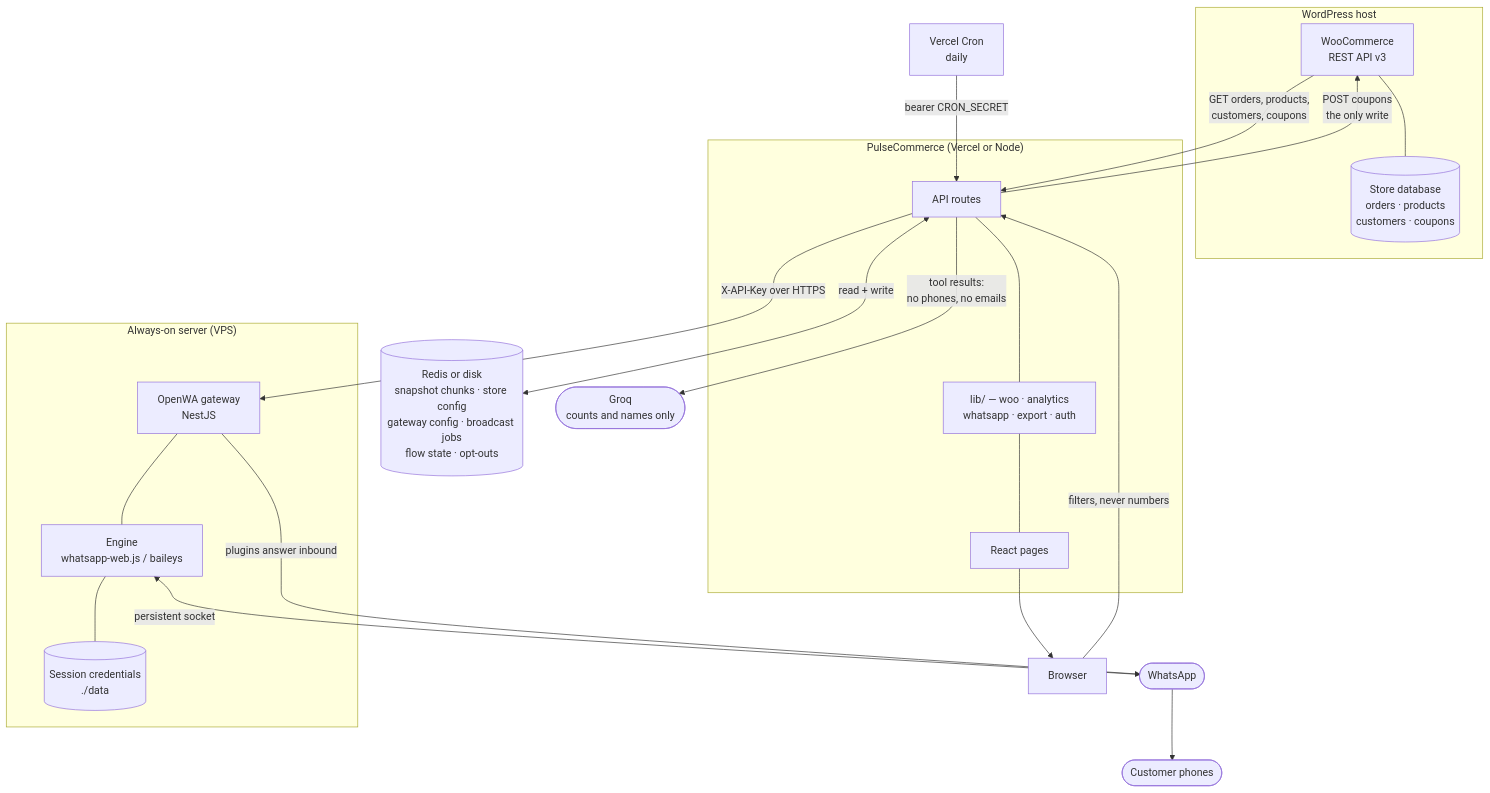
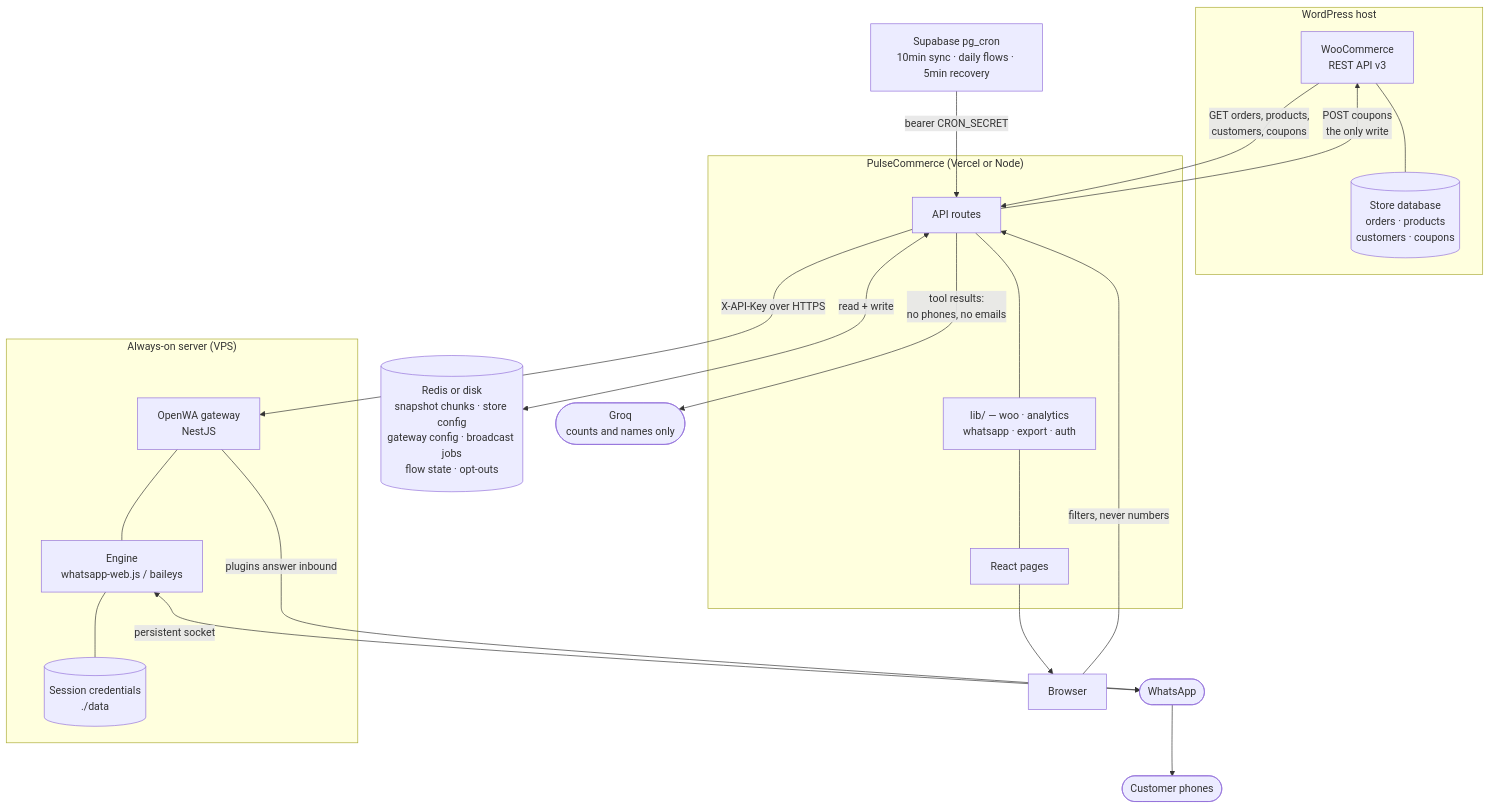
Before and after one commit to Setups-Works/PulseCommerce: the first of 11 diagrams in README.md, drawn with Mermaid. The commit also changed other lines of this file and 3 other files, not shown here.

First line of the commit message:
docs: fix Vercel Cron claims, document scheduling reality, add AGENTS.md orientation

````diff
--- a/README.md
+++ b/README.md
@@ -536,44 +537,44 @@
 ```mermaid
 graph TB
     subgraph store["WordPress host"]
         WC["WooCommerce<br/>REST API v3"]
         DB[("Store database<br/>orders · products<br/>customers · coupons")]
         WC --- DB
     end
 
     subgraph vps["Always-on server (VPS)"]
         OWA["OpenWA gateway<br/>NestJS"]
         ENGINE["Engine<br/>whatsapp-web.js / baileys"]
         AUTH[("Session credentials<br/>./data")]
         OWA --- ENGINE
         ENGINE --- AUTH
     end
 
     subgraph pulse["PulseCommerce (Vercel or Node)"]
         ROUTES["API routes"]
         LIB["lib/ — woo · analytics<br/>whatsapp · export · auth"]
         SSR["React pages"]
         ROUTES --- LIB
         LIB --- SSR
     end
 
     KV[("Redis or disk<br/>snapshot chunks · store config<br/>gateway config · broadcast jobs<br/>flow state · opt-outs")]
 
-    CRON["Vercel Cron<br/>daily"]
+    CRON["Supabase pg_cron<br/>10min sync · daily flows · 5min recovery"]
     GROQ(["Groq<br/>counts and names only"])
     BROWSER["Browser"]
     WA(["WhatsApp"])
     CUST(["Customer phones"])
 
     WC -->|"GET orders, products,<br/>customers, coupons"| ROUTES
     ROUTES -->|"POST coupons<br/>the only write"| WC
     ROUTES <-->|"read + write"| KV
     ROUTES -->|"X-API-Key over HTTPS"| OWA
     ROUTES -->|"tool results:<br/>no phones, no emails"| GROQ
     CRON -->|"bearer CRON_SECRET"| ROUTES
     ENGINE <-->|"persistent socket"| WA
     OWA -->|"plugins answer inbound"| WA
     WA --> CUST
     SSR --> BROWSER
     BROWSER -->|"filters, never numbers"| ROUTES
 ```
````
